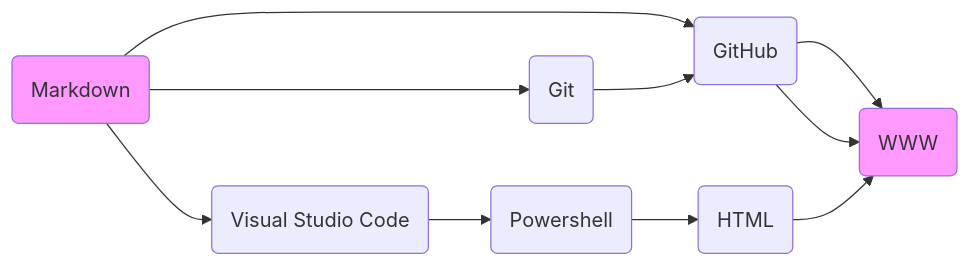
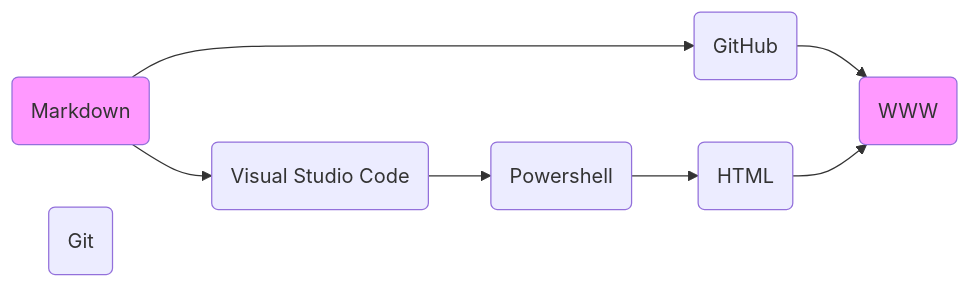
The diagram in README.md (phdonner/phdonner), drawn with Mermaid before and after one commit.

````diff
--- a/README.md
+++ b/README.md
@@ -27,15 +27,14 @@
 ```mermaid
 flowchart LR
     id1(Markdown)
     id2(GitHub)
     id3(WWW)
     id4(Git)
     id5(Visual Studio Code)
     id6(Powershell)
     id7(HTML)
     id1-->id2-->id3
-    id1-->id4-->id2-->id3
     id1-->id5-->id6-->id7-->id3
 style id1 fill:#f9f;
 style id3 fill:#f9f;
 ```
````
